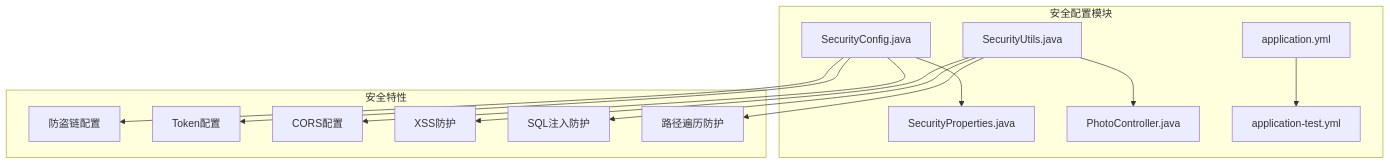
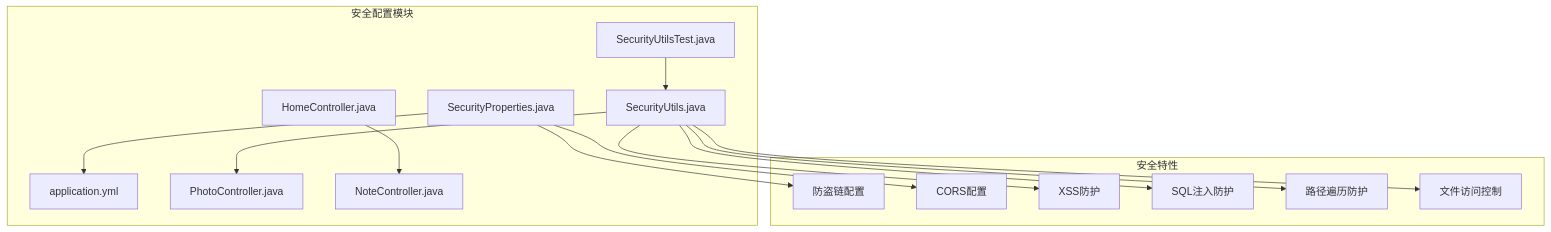
The first of 10 diagrams in .qoder/repowiki/zh/content/配置指南/安全配置.md (QoderZcy/zcyTest2), drawn with Mermaid before and after one commit. The commit also changed other lines of this file and 10 other files, not shown here.

````diff
--- a/.qoder/repowiki/zh/content/配置指南/安全配置.md
+++ b/.qoder/repowiki/zh/content/配置指南/安全配置.md
@@ -33,22 +44,23 @@
 ```mermaid
 graph TB
 subgraph "安全配置模块"
-A[SecurityConfig.java] --> B[SecurityProperties.java]
+A[SecurityProperties.java] --> B[application.yml]
 C[SecurityUtils.java] --> D[PhotoController.java]
-E[application.yml] --> F[application-test.yml]
+E[HomeController.java] --> F[NoteController.java]
+G[SecurityUtilsTest.java] --> C
 end
 subgraph "安全特性"
-G[防盗链配置]
-H[Token配置]
+H[防盗链配置]
 I[CORS配置]
 J[XSS防护]
 K[SQL注入防护]
 L[路径遍历防护]
+M[文件访问控制]
 end
-A --> G
 A --> H
 A --> I
 C --> J
 C --> K
 C --> L
+C --> M
 ```
````
